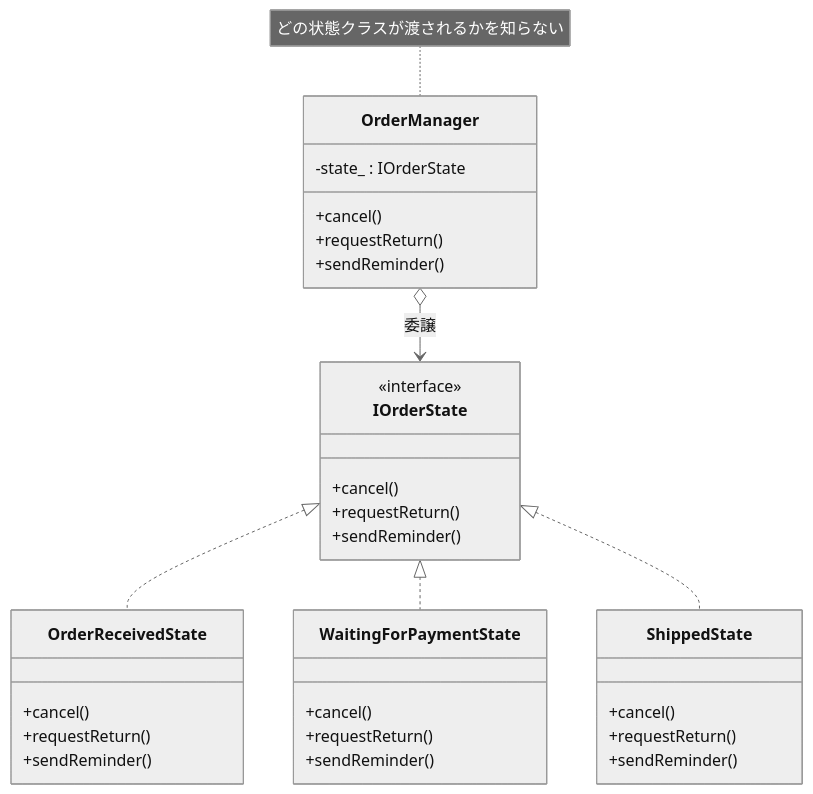
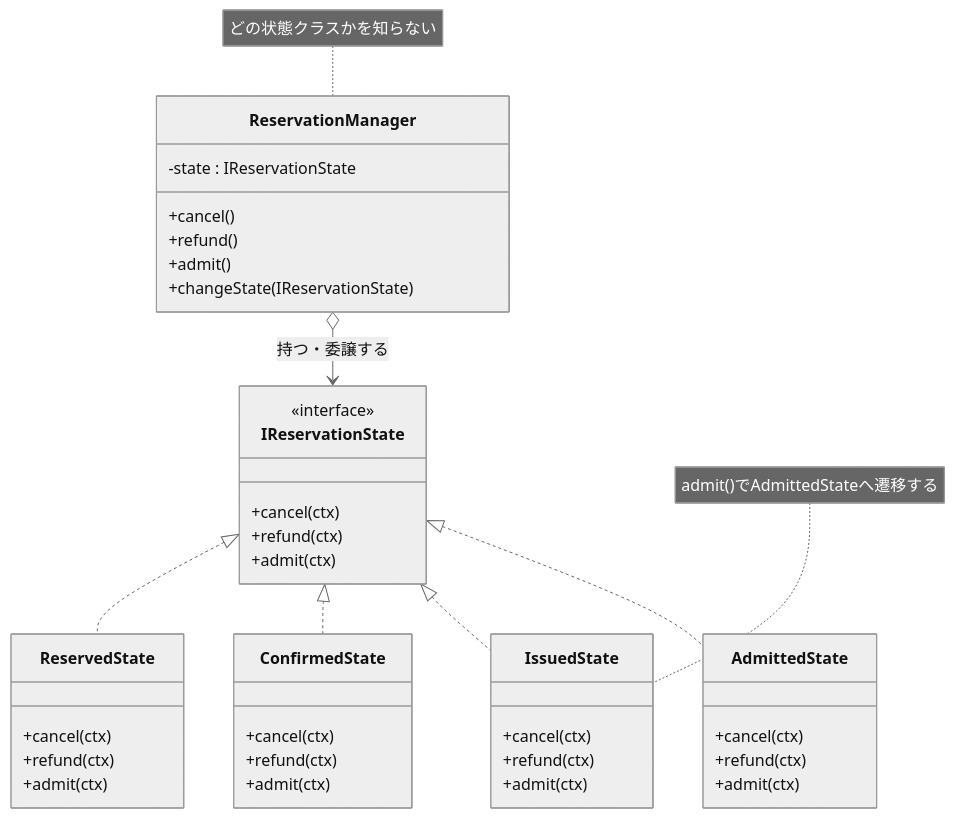
Before and after one commit to kumachan1101-pixel/DesignPattern: the eighth of 8 diagrams in kindle/design-patterns/output/chapter03.md, drawn with Mermaid (neutral theme). The commit also changed other lines of this file and 1 other file, not shown here.

````diff
--- a/kindle/design-patterns/output/chapter03.md
+++ b/kindle/design-patterns/output/chapter03.md
@@ -812,35 +1152,43 @@
 ```mermaid
 classDiagram
-    class OrderManager {
-        -state_ : IOrderState
+    class ReservationManager {
+        -state : IReservationState
         +cancel()
-        +requestReturn()
-        +sendReminder()
+        +refund()
+        +admit()
+        +changeState(IReservationState)
     }
-    class IOrderState {
+    class IReservationState {
         <<interface>>
-        +cancel()
-        +requestReturn()
-        +sendReminder()
+        +cancel(ctx)
+        +refund(ctx)
+        +admit(ctx)
     }
-    class OrderReceivedState {
-        +cancel()
-        +requestReturn()
-        +sendReminder()
+    class ReservedState {
+        +cancel(ctx)
+        +refund(ctx)
+        +admit(ctx)
     }
-    class WaitingForPaymentState {
-        +cancel()
-        +requestReturn()
-        +sendReminder()
+    class ConfirmedState {
+        +cancel(ctx)
+        +refund(ctx)
+        +admit(ctx)
     }
-    class ShippedState {
-        +cancel()
-        +requestReturn()
-        +sendReminder()
+    class IssuedState {
+        +cancel(ctx)
+        +refund(ctx)
+        +admit(ctx)
     }
-    OrderManager o--> IOrderState : 委譲
-    IOrderState <|.. OrderReceivedState
-    IOrderState <|.. WaitingForPaymentState
-    IOrderState <|.. ShippedState
-    note for OrderManager "どの状態クラスが渡されるかを知らない"
+    class AdmittedState {
+        +cancel(ctx)
+        +refund(ctx)
+        +admit(ctx)
+    }
+    ReservationManager o--> IReservationState : 持つ・委譲する
+    IReservationState <|.. ReservedState
+    IReservationState <|.. ConfirmedState
+    IReservationState <|.. IssuedState
+    IReservationState <|.. AdmittedState
+    note for ReservationManager "どの状態クラスかを知らない"
+    note for IssuedState "admit()でAdmittedStateへ遷移する"
 ```
````
